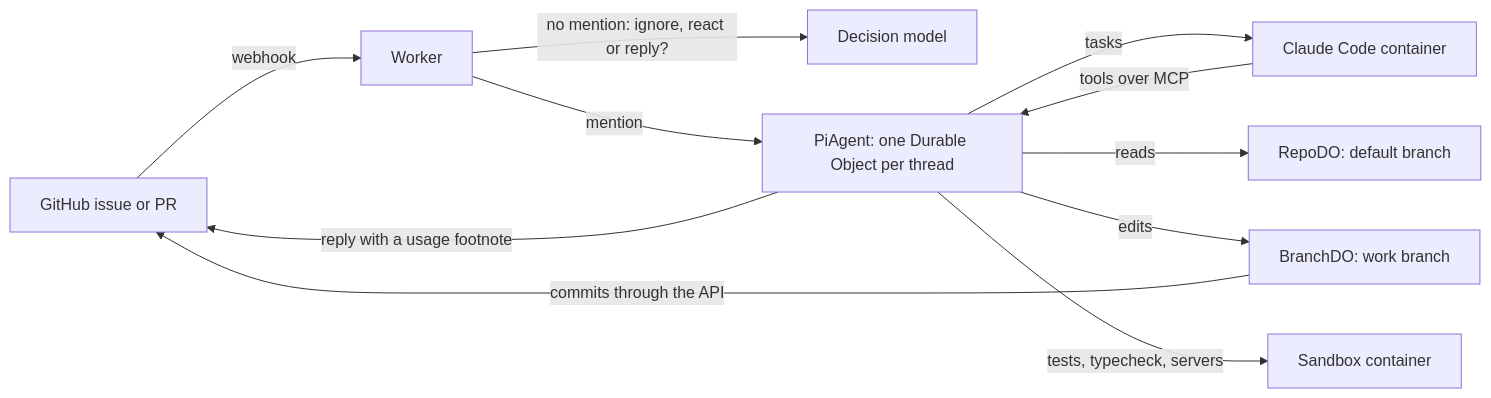
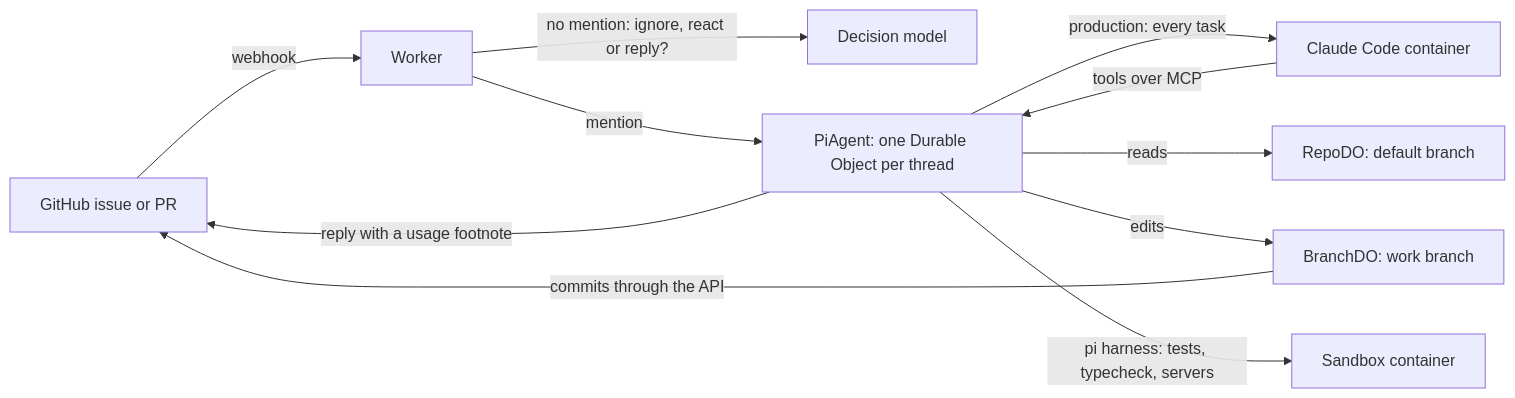
One commit to madscientist111/benny changed the diagram in README.md. Above: the diagram before and after it, drawn with Mermaid. The commit also changed other lines of this file, not shown here.

````diff
--- a/README.md
+++ b/README.md
@@ -52,13 +52,13 @@
 ```mermaid
 flowchart LR
   gh[GitHub issue or PR] -->|webhook| worker[Worker]
   worker -->|no mention: ignore, react or reply?| jev[Decision model]
   worker -->|mention| agent[PiAgent: one Durable Object per thread]
-  agent -->|tasks| claude[Claude Code container]
+  agent -->|production: every task| claude[Claude Code container]
   claude -->|tools over MCP| agent
   agent -->|reads| repo[RepoDO: default branch]
   agent -->|edits| branch[BranchDO: work branch]
-  agent -->|tests, typecheck, servers| sandbox[Sandbox container]
+  agent -->|pi harness: tests, typecheck, servers| sandbox[Sandbox container]
   branch -->|commits through the API| gh
   agent -->|reply with a usage footnote| gh
 ```
````
